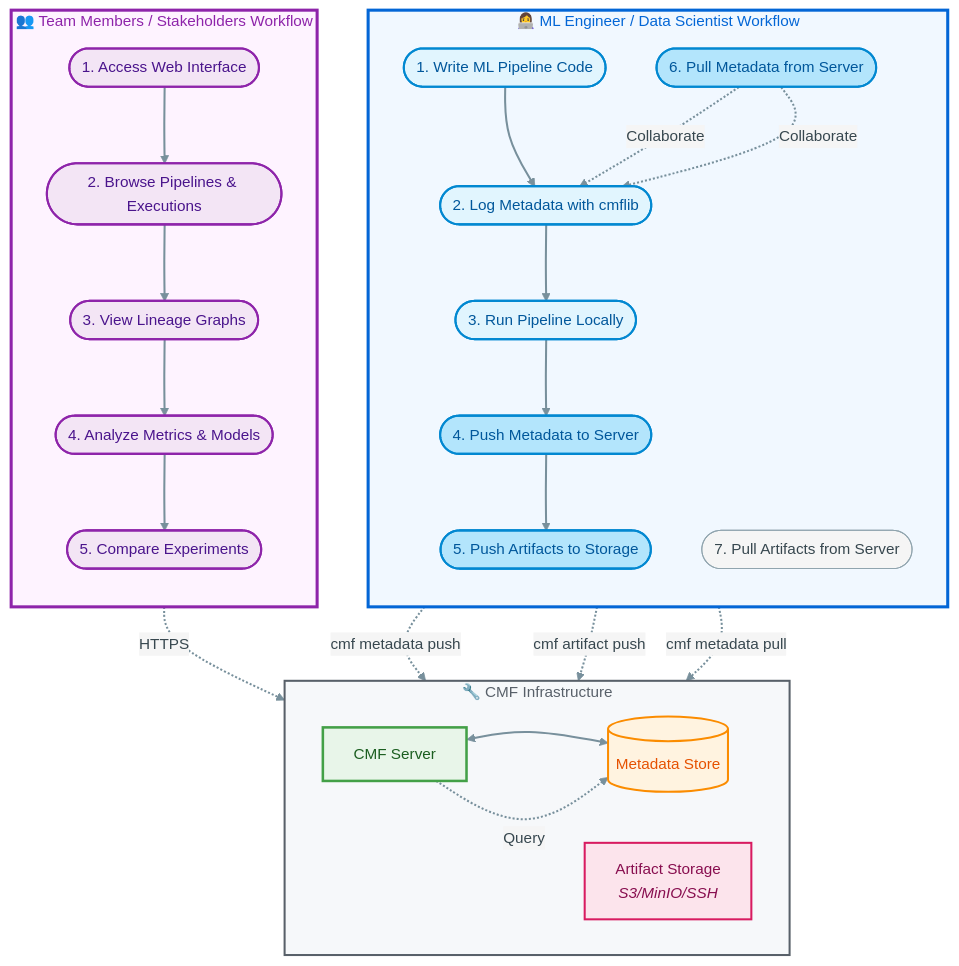
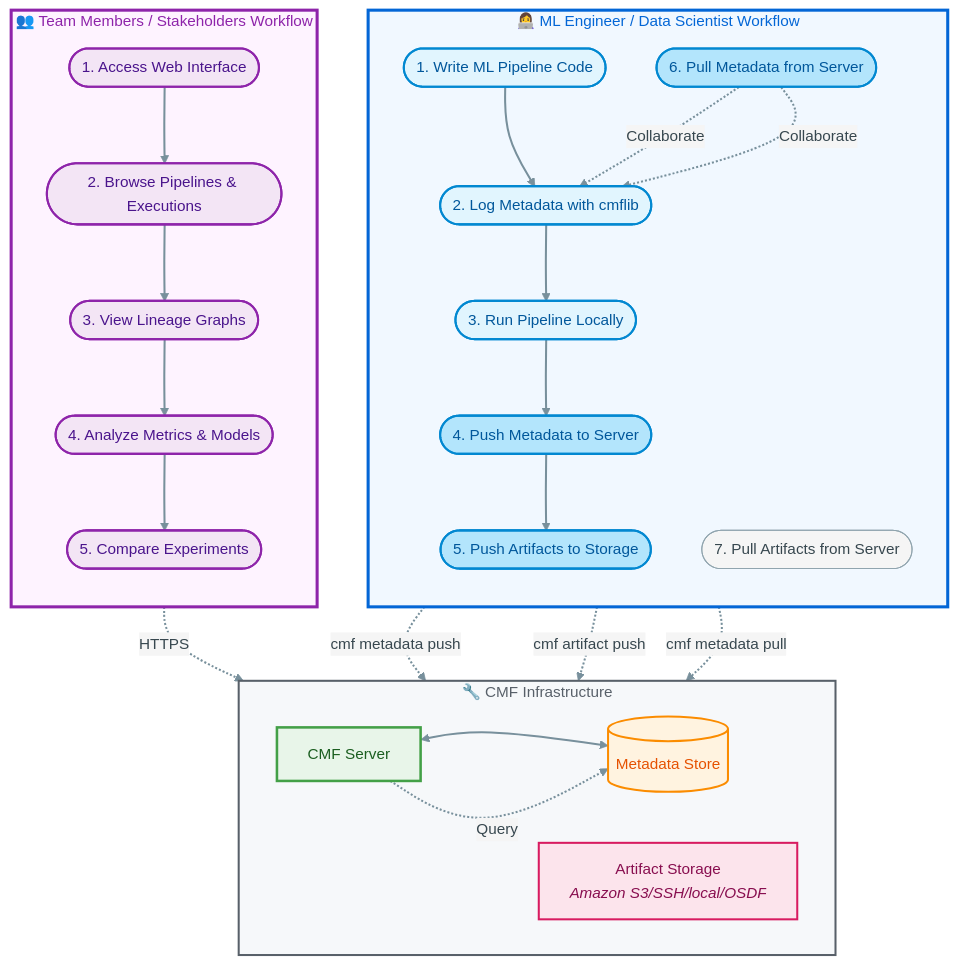
One commit to HewlettPackard/cmf changed the first of 2 diagrams in docs/index.md. Above: the diagram before and after it, drawn with Mermaid. The commit also changed other lines of this file and 37 other files, not shown here.

````diff
--- a/docs/index.md
+++ b/docs/index.md
@@ -28,68 +28,68 @@
 ```mermaid
 %%{init: {'theme':'base', 'themeVariables': { 'primaryColor':'#f5f5f5','primaryTextColor':'#37474f','primaryBorderColor':'#90a4ae','lineColor':'#78909c','fontSize':'15px','fontFamily':'system-ui, -apple-system, sans-serif'}}}%%
 flowchart TB
     subgraph CLIUSER["👩‍💻 ML Engineer / Data Scientist Workflow"]
         direction TB
         CLI1([1. Write ML Pipeline Code])
         CLI2([2. Log Metadata with cmflib])
         CLI3([3. Run Pipeline Locally])
         CLI4([4. Push Metadata to Server])
         CLI5([5. Push Artifacts to Storage])
         CLI6([6. Pull Metadata from Server])
         CLI7([7. Pull Artifacts from Server])
         
         CLI1 --> CLI2 --> CLI3 --> CLI4 --> CLI5
         CLI6 -.->|Collaborate| CLI2
         CLI6 -.->|Collaborate| CLI2
     end
     
     subgraph WEBUSER["👥 Team Members / Stakeholders Workflow"]
         direction TB
         WEB1([1. Access Web Interface])
         WEB2([2. Browse Pipelines & Executions])
         WEB3([3. View Lineage Graphs])
         WEB4([4. Analyze Metrics & Models])
         WEB5([5. Compare Experiments])
         
         WEB1 --> WEB2 --> WEB3 --> WEB4 --> WEB5
     end
     
     subgraph INFRA["🔧 CMF Infrastructure"]
         direction LR
         SERVER[CMF Server]
         DB[(Metadata Store)]
-        STORAGE[Artifact Storage<br/><i>S3/MinIO/SSH</i>]
+        STORAGE[Artifact Storage<br/><i>Amazon S3/SSH/local/OSDF</i>]
         
         SERVER <--> DB
     end
     
     CLI4 -.->|cmf metadata push| SERVER
     CLI5 -.->|cmf artifact push| STORAGE
     CLI6 -.->|cmf metadata pull| SERVER
     
     WEB1 -.->|HTTPS| SERVER
     SERVER -.->|Query| DB
     
     style CLI1 fill:#e1f5fe,stroke:#0288d1,stroke-width:2px,color:#01579b
     style CLI2 fill:#e1f5fe,stroke:#0288d1,stroke-width:2px,color:#01579b
     style CLI3 fill:#e1f5fe,stroke:#0288d1,stroke-width:2px,color:#01579b
     style CLI4 fill:#b3e5fc,stroke:#0288d1,stroke-width:2px,color:#01579b
     style CLI5 fill:#b3e5fc,stroke:#0288d1,stroke-width:2px,color:#01579b
     style CLI6 fill:#b3e5fc,stroke:#0288d1,stroke-width:2px,color:#01579b
     
     style WEB1 fill:#f3e5f5,stroke:#8e24aa,stroke-width:2px,color:#4a148c
     style WEB2 fill:#f3e5f5,stroke:#8e24aa,stroke-width:2px,color:#4a148c
     style WEB3 fill:#f3e5f5,stroke:#8e24aa,stroke-width:2px,color:#4a148c
     style WEB4 fill:#f3e5f5,stroke:#8e24aa,stroke-width:2px,color:#4a148c
     style WEB5 fill:#f3e5f5,stroke:#8e24aa,stroke-width:2px,color:#4a148c
     
     style SERVER fill:#e8f5e9,stroke:#43a047,stroke-width:2.5px,color:#1b5e20
     style DB fill:#fff3e0,stroke:#fb8c00,stroke-width:2px,color:#e65100
     style STORAGE fill:#fce4ec,stroke:#d81b60,stroke-width:2px,color:#880e4f
     
     style CLIUSER fill:#f1f8ff,stroke:#0366d6,stroke-width:3px,color:#0366d6
     style WEBUSER fill:#fef3ff,stroke:#8e24aa,stroke-width:3px,color:#8e24aa
     style INFRA fill:#f6f8fa,stroke:#586069,stroke-width:2px,color:#586069
     
     linkStyle default stroke:#78909c,stroke-width:2px
 ```
````
